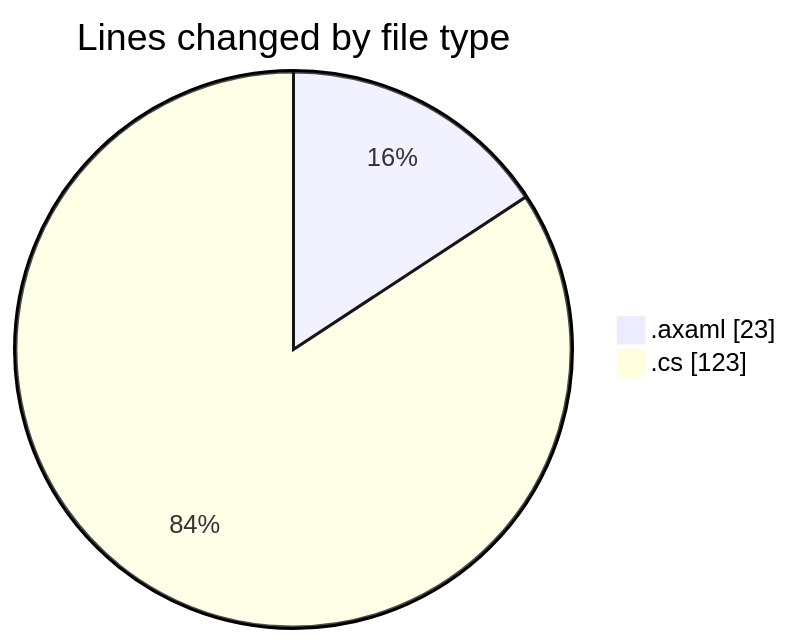
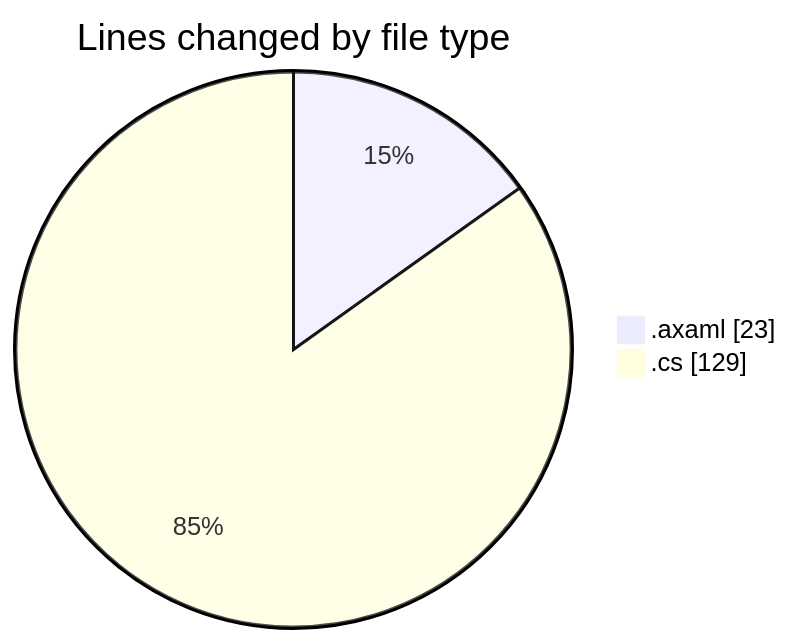
One commit to Netris89/code-tracking changed the first of 2 diagrams in 2025-11-01/skintrack/README.md. Above: the diagram before and after it, drawn with Mermaid. The commit also changed other lines of this file and 1 other file, not shown here.

````diff
--- a/2025-11-01/skintrack/README.md
+++ b/2025-11-01/skintrack/README.md
@@ -22,6 +22,6 @@
 ```mermaid
 pie showData
 title Lines changed by file type
 ".axaml" : 23
-".cs" : 123
+".cs" : 129
 ```
````
